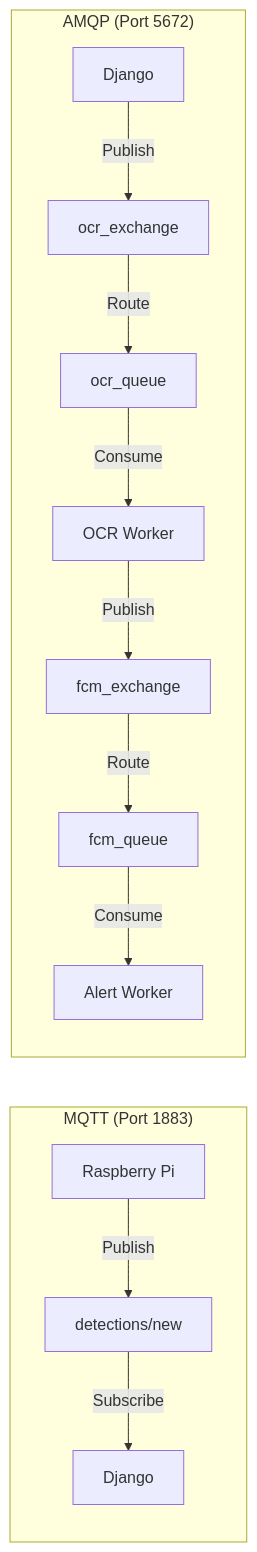
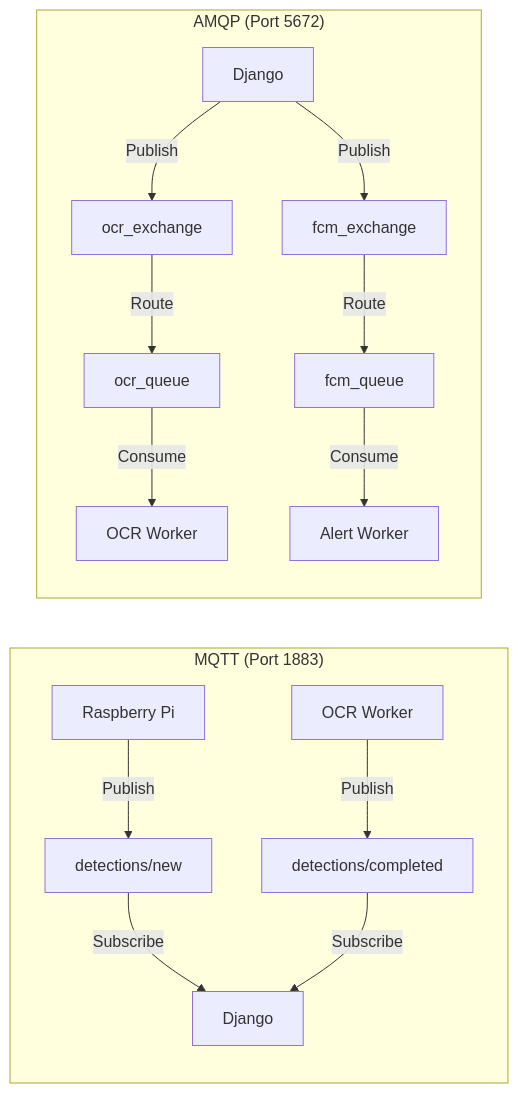
The fourth of 4 diagrams in docs/PRD.md (Qualcom-Capstone/backend), drawn with Mermaid before and after one commit. The commit also changed other lines of this file and 19 other files, not shown here.

````diff
--- a/docs/PRD.md
+++ b/docs/PRD.md
@@ -394,19 +401,21 @@
 ```mermaid
 graph LR
     subgraph MQTT["MQTT (Port 1883)"]
         direction TB
         M1[Raspberry Pi] -->|Publish| M2[detections/new]
         M2 -->|Subscribe| M3[Django]
+        M4[OCR Worker] -->|Publish| M5[detections/completed]
+        M5 -->|Subscribe| M3
     end
-    
+
     subgraph AMQP["AMQP (Port 5672)"]
         direction TB
         A1[Django] -->|Publish| A2[ocr_exchange]
         A2 -->|Route| A3[ocr_queue]
         A3 -->|Consume| A4[OCR Worker]
-        
-        A4 -->|Publish| A5[fcm_exchange]
+
+        A1 -->|Publish| A5[fcm_exchange]
         A5 -->|Route| A6[fcm_queue]
         A6 -->|Consume| A7[Alert Worker]
     end
 ```
````
